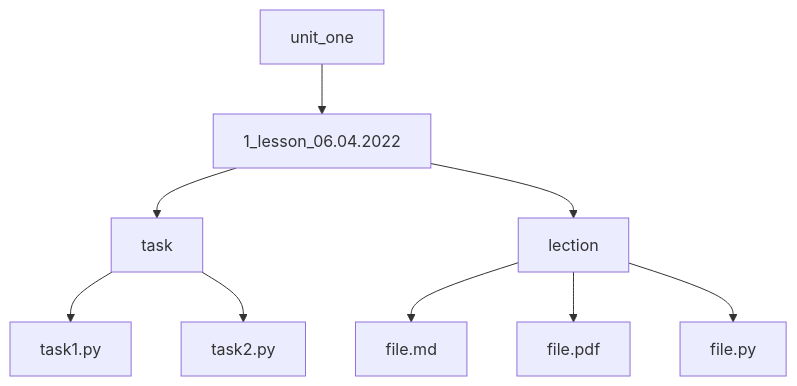
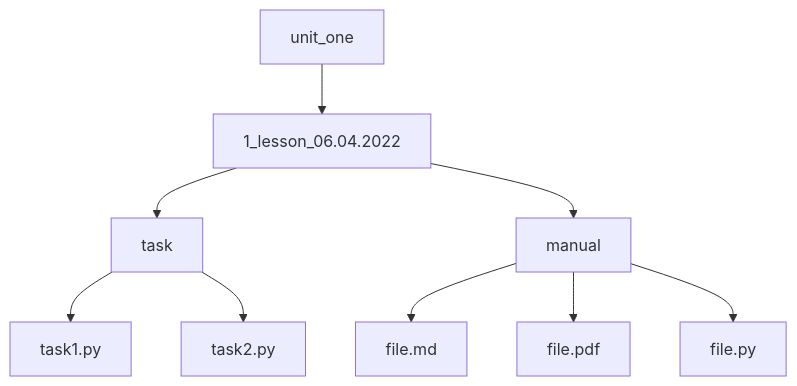
Before and after one commit to chertkov-vitaliy/python_spring_2022: the first of 2 diagrams in README.MD, drawn with Mermaid. The commit also changed other lines of this file and 2 other files, not shown here.

Commit message:
Добавлены папки

````diff
--- a/README.MD
+++ b/README.MD
@@ -26,11 +26,11 @@
 ```mermaid
 graph TD;
     unit_one-->1_lesson_06.04.2022;
     1_lesson_06.04.2022-->task;
     task-->task1.py;
     task-->task2.py;
-    1_lesson_06.04.2022-->lection;
-    lection-->file.md;
-    lection-->file.pdf
-    lection-->file.py       
+    1_lesson_06.04.2022-->manual;
+    manual-->file.md;
+    manual-->file.pdf
+    manual-->file.py       
 ```
````
